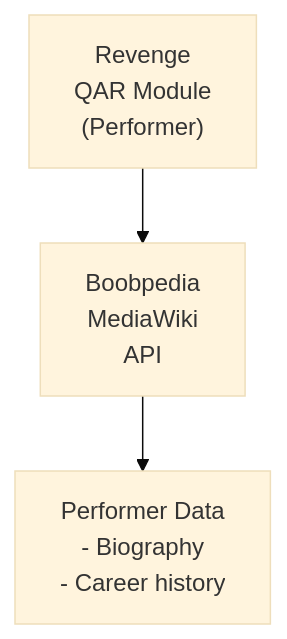
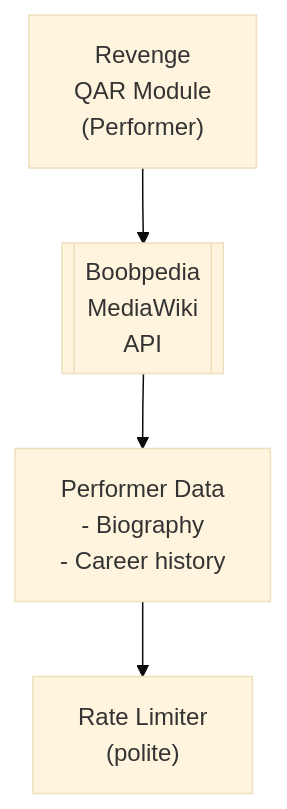
The diagram in docs/dev/design/integrations/wiki/adult/BOOBPEDIA.md (lusoris/revenge), drawn with Mermaid (base theme) before and after one commit. The commit also changed 208 other files, not shown here.

First line of the commit message:
feat(docs): Improve ASCII to Mermaid converter with proper box extraction

````diff
--- a/docs/dev/design/integrations/wiki/adult/BOOBPEDIA.md
+++ b/docs/dev/design/integrations/wiki/adult/BOOBPEDIA.md
@@ -57,8 +57,10 @@
 ```mermaid
 flowchart TD
     node1["Revenge<br/>QAR Module<br/>(Performer)"]
-    node2["Boobpedia<br/>MediaWiki<br/>API"]
+    node2[[Boobpedia<br/>MediaWiki<br/>API]]
     node3["Performer Data<br/>- Biography<br/>- Career history"]
+    node4["Rate Limiter<br/>(polite)"]
     node2 --> node3
     node1 --> node2
+    node3 --> node4
 ```
````
